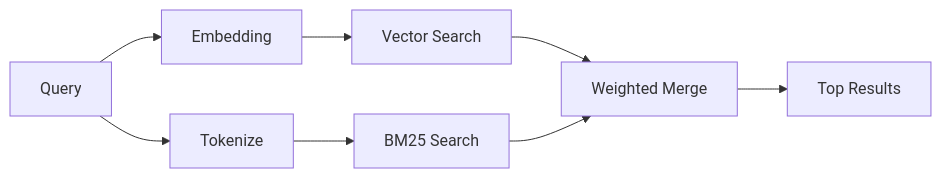
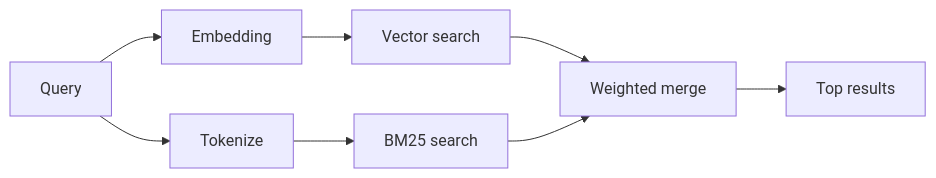
The diagram in docs/openclaw-latest/pages/concepts/memory-search.md (hotboysupreme12-hash/Automnia-AI-Nexus), drawn with Mermaid before and after one commit. The commit also changed other lines of this file and 832 other files, not shown here.

Commit message:
feat: harden desktop runtime and OpenClaw flows

````diff
--- a/docs/openclaw-latest/pages/concepts/memory-search.md
+++ b/docs/openclaw-latest/pages/concepts/memory-search.md
@@ -64,10 +68,10 @@
 ```mermaid
 flowchart LR
     Q["Query"] --> E["Embedding"]
     Q --> T["Tokenize"]
-    E --> VS["Vector Search"]
-    T --> BM["BM25 Search"]
-    VS --> M["Weighted Merge"]
+    E --> VS["Vector search"]
+    T --> BM["BM25 search"]
+    VS --> M["Weighted merge"]
     BM --> M
-    M --> R["Top Results"]
+    M --> R["Top results"]
 ```
````
